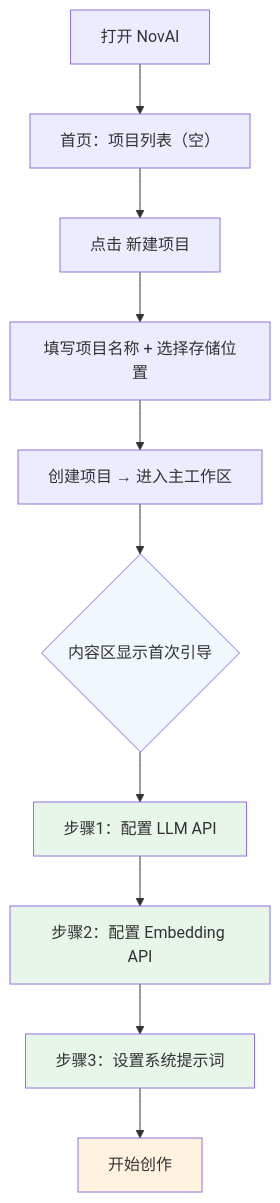
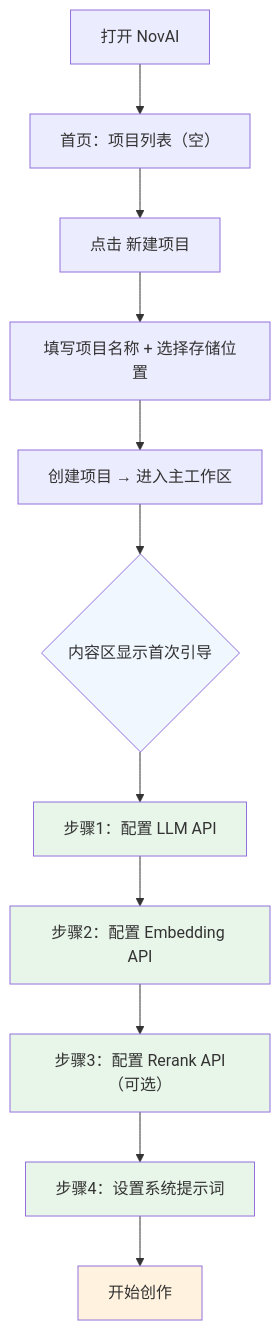
One commit to honlnk/NovAI-document changed the first of 8 diagrams in UI设计文档.md. Above: the diagram before and after it, drawn with Mermaid. The commit also changed other lines of this file and 9 other files, not shown here.

````diff
--- a/UI设计文档.md
+++ b/UI设计文档.md
@@ -405,18 +419,20 @@
 ```mermaid
 flowchart TD
     A[打开 NovAI] --> B[首页：项目列表（空）]
     B --> C[点击 新建项目]
     C --> D[填写项目名称 + 选择存储位置]
     D --> E[创建项目 → 进入主工作区]
     E --> F{内容区显示首次引导}
     F --> G[步骤1：配置 LLM API]
     G --> H[步骤2：配置 Embedding API]
-    H --> I[步骤3：设置系统提示词]
-    I --> J[开始创作]
+    H --> I[步骤3：配置 Rerank API（可选）]
+    I --> J[步骤4：设置系统提示词]
+    J --> K[开始创作]
 
     style F fill:#f0f7ff
     style G fill:#e8f5e9
     style H fill:#e8f5e9
     style I fill:#e8f5e9
-    style J fill:#fff3e0
+    style J fill:#e8f5e9
+    style K fill:#fff3e0
 ```
````
